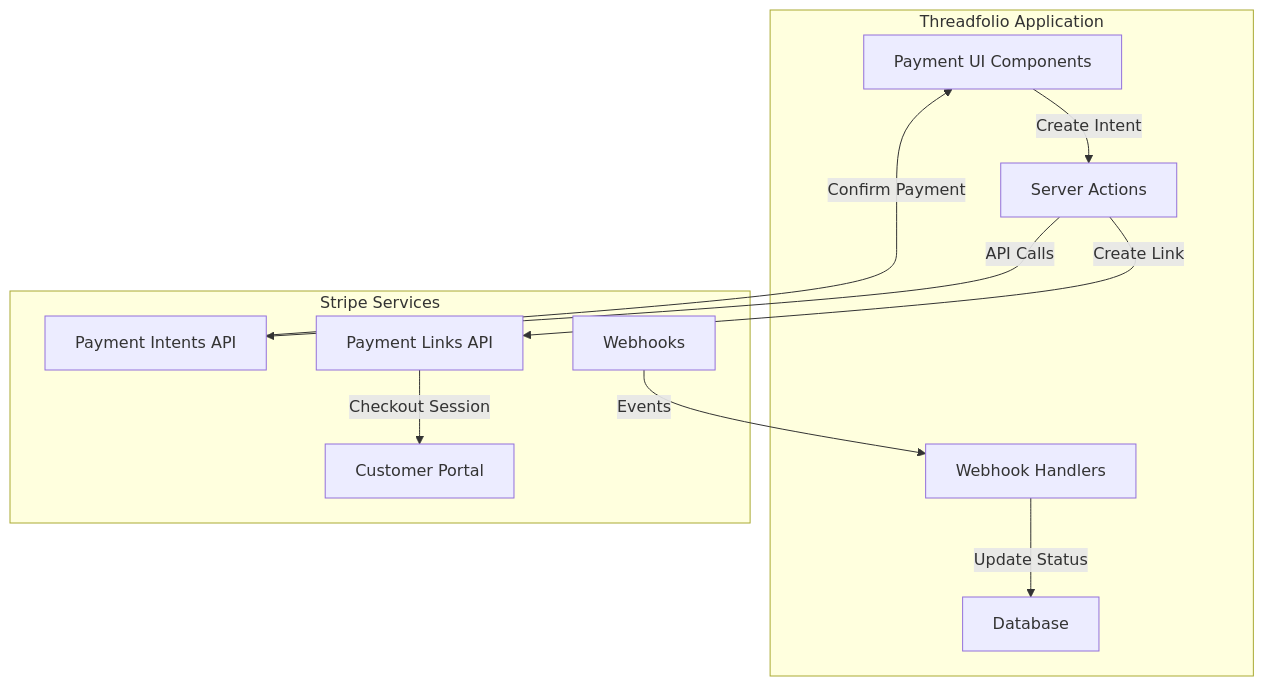
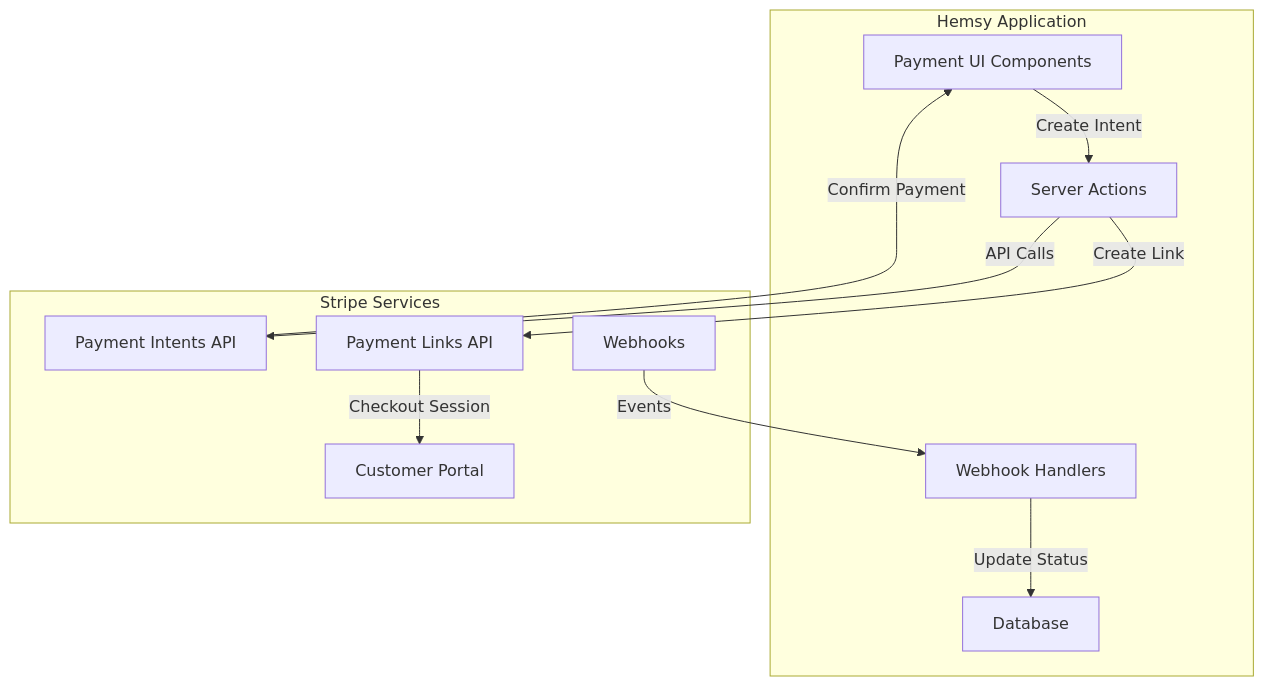
Before and after one commit to cory321/Hemsy: the diagram in docs/invoice-architecture/3-stripe-integration.md, drawn with Mermaid. The commit also changed other lines of this file and 116 other files, not shown here.

Commit message:
Update project references from Threadfolio to Hemsy across documentation and configuration files for consistency

````diff
--- a/docs/invoice-architecture/3-stripe-integration.md
+++ b/docs/invoice-architecture/3-stripe-integration.md
@@ -24,24 +24,24 @@
 ```mermaid
 graph TB
-    subgraph "Threadfolio Application"
+    subgraph "Hemsy Application"
         A[Payment UI Components]
         B[Server Actions]
         C[Webhook Handlers]
         D[Database]
     end
 
     subgraph "Stripe Services"
         E[Payment Intents API]
         F[Payment Links API]
         G[Webhooks]
         H[Customer Portal]
     end
 
     A -->|Create Intent| B
     B -->|API Calls| E
     B -->|Create Link| F
     E -->|Confirm Payment| A
     G -->|Events| C
     C -->|Update Status| D
     F -->|Checkout Session| H
 ```
````
